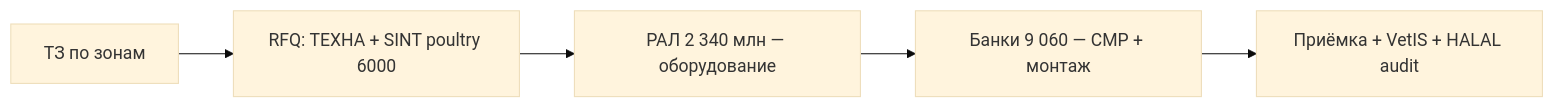
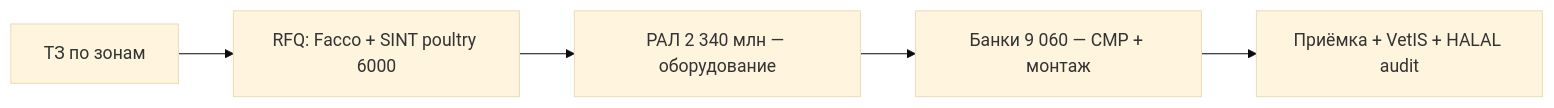
One commit to Demid369/Nova-agro changed the diagram in docs/teo-poultry/appendix/vendors-equipment.md. Above: the diagram before and after it, drawn with Mermaid (base theme). The commit also changed other lines of this file and 5 other files, not shown here.

First line of the commit message:
docs(poultry): Facco (IT) вместо TEXHA — аналог Meneghin для содержания

````diff
--- a/docs/teo-poultry/appendix/vendors-equipment.md
+++ b/docs/teo-poultry/appendix/vendors-equipment.md
@@ -79,7 +79,7 @@
 ```mermaid
 flowchart LR
-  A[ТЗ по зонам] --> B[RFQ: TEXHA + SINT poultry 6000]
+  A[ТЗ по зонам] --> B[RFQ: Facco + SINT poultry 6000]
   B --> C[РАЛ 2 340 млн — оборудование]
   C --> D[Банки 9 060 — СМР + монтаж]
   D --> E[Приёмка + VetIS + HALAL audit]
 ```
````
